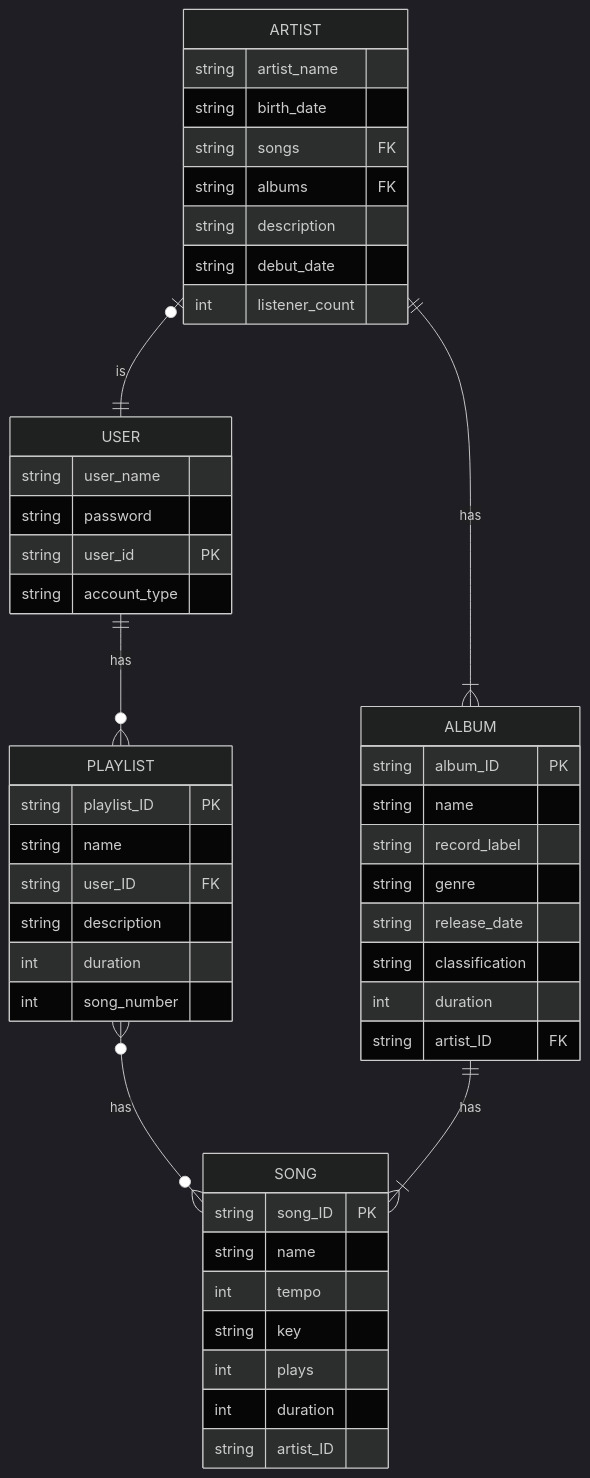
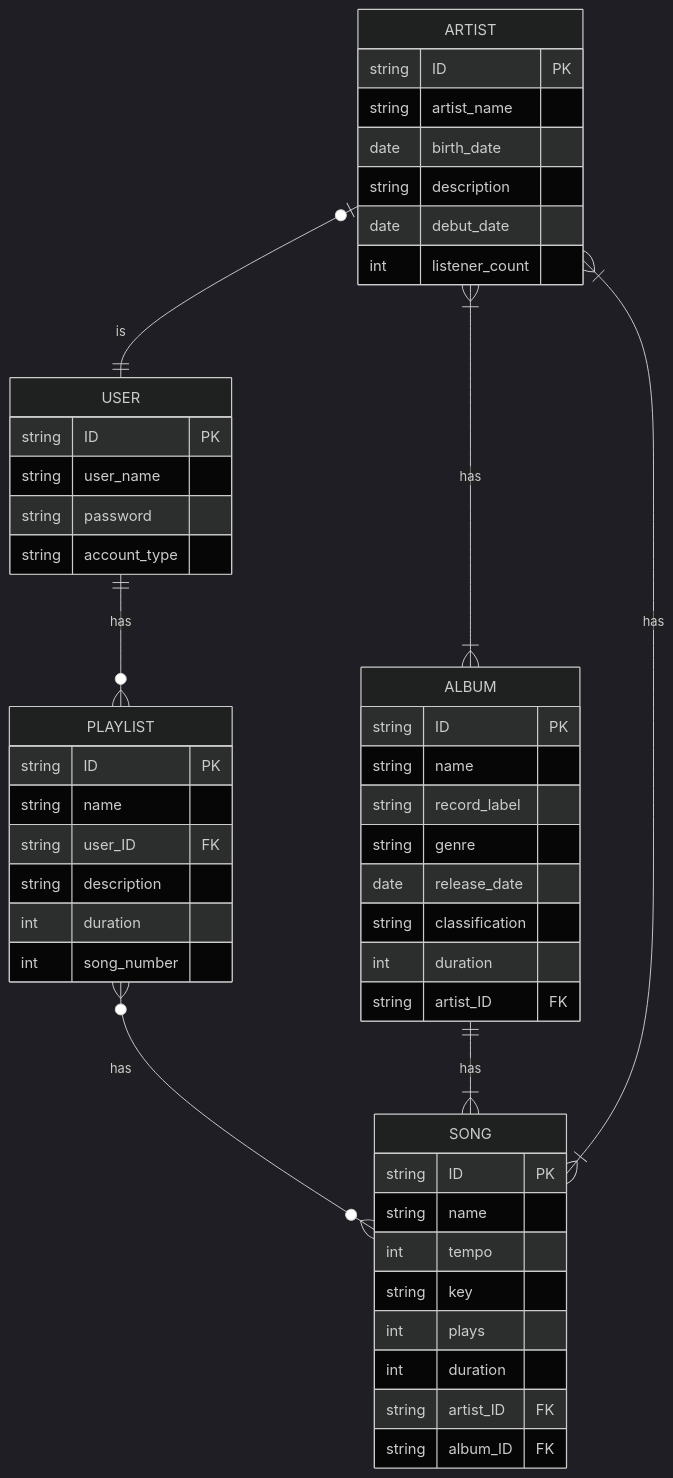
The second of 2 diagrams in reports/Deliverable4.qmd (cmsc-vcu/cmsc508-fa2023-prj-music-database-group32), drawn with Mermaid (dark theme) before and after one commit. The commit also changed other lines of this file and 1 other file, not shown here.

Commit message:
ER diagram edits and relational schemas

````diff
--- a/reports/Deliverable4.qmd
+++ b/reports/Deliverable4.qmd
@@ -93,57 +97,58 @@
 ```{mermaid}
 erDiagram
     PLAYLIST }o--o{ SONG : has
     ALBUM ||--|{ SONG : has
-    ARTIST ||--|{ ALBUM : has
+    ARTIST }|--|{ ALBUM : has
     USER ||--o{ PLAYLIST : has
     ARTIST |o--|| USER : is
+    ARTIST }|--|{ SONG : has
 
     PLAYLIST{
-        string playlist_ID PK
+        string ID PK
         string name
         string user_ID FK
         string description
         int duration
         int song_number
     }
 
     ALBUM{
-        string album_ID PK
+        string ID PK
         string name
         string record_label
         string genre
-        string release_date
+        date release_date
         string classification
         int duration
         string artist_ID FK
     }
 
     SONG{
-        string song_ID PK
+        string ID PK
         string name
         int tempo
         string key
         int plays
         int duration
-        string artist_ID
+        string artist_ID FK
+        string album_ID FK
     } 
 
     USER {
+        string ID PK
         string user_name
         string password
-        string user_id PK
         string account_type
     }
 
     ARTIST {
+        string ID PK
         string artist_name
-        string birth_date
-        string songs FK
-        string albums FK
+        date birth_date
         string description
-        string debut_date
+        date debut_date
         int listener_count
     }
 
 
 ```
````
